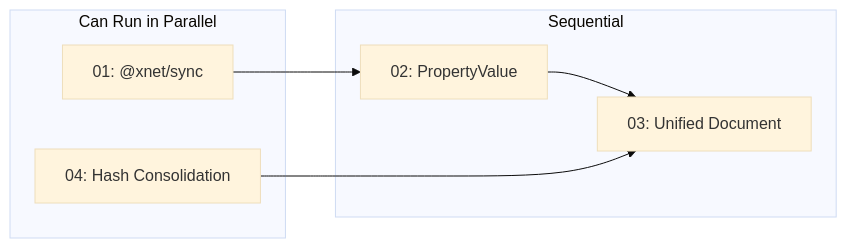
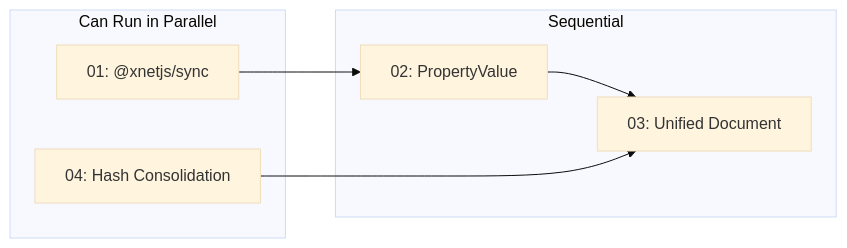
One commit to crs48/xNet changed the second of 2 diagrams in docs/plans/plan02_1DataModelConsolidation/05-timeline.md. Above: the diagram before and after it, drawn with Mermaid (base theme). The commit also changed other lines of this file and 980 other files, not shown here.

````diff
--- a/docs/plans/plan02_1DataModelConsolidation/05-timeline.md
+++ b/docs/plans/plan02_1DataModelConsolidation/05-timeline.md
@@ -91,16 +91,16 @@
 ```mermaid
 flowchart LR
     subgraph parallel["Can Run in Parallel"]
-        SYNC["01: @xnet/sync"]
+        SYNC["01: @xnetjs/sync"]
         HASH["04: Hash Consolidation"]
     end
 
     subgraph sequential["Sequential"]
         PROP["02: PropertyValue"]
         DOC["03: Unified Document"]
     end
 
     SYNC --> PROP
     PROP --> DOC
     HASH --> DOC
 ```
````
